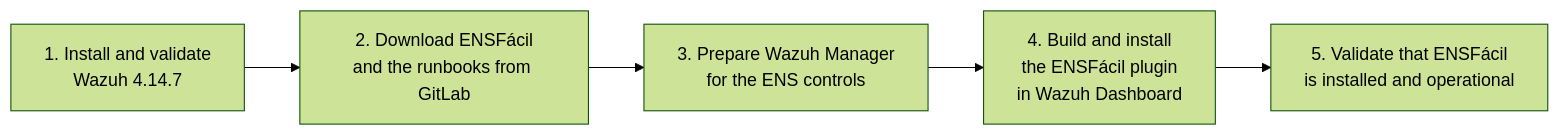
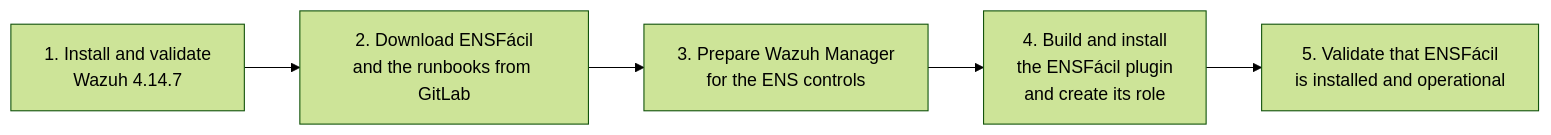
One commit to arseniteio/power-ens changed the diagram in docs/deployment/01-installation-from-scratch.en.md. Above: the diagram before and after it, drawn with Mermaid (forest theme). The commit also changed other lines of this file and 11 other files, not shown here.

Commit message:
docs: install and update ENSFácil as a standalone plugin

````diff
--- a/docs/deployment/01-installation-from-scratch.en.md
+++ b/docs/deployment/01-installation-from-scratch.en.md
@@ -77,7 +79,7 @@
 ```mermaid
 flowchart LR
   A["1. Install and validate<br/>Wazuh 4.14.7"] --> B["2. Download ENSFácil<br/>and the runbooks from GitLab"]
   B --> C["3. Prepare Wazuh Manager<br/>for the ENS controls"]
-  C --> D["4. Build and install<br/>the ENSFácil plugin<br/>in Wazuh Dashboard"]
+  C --> D["4. Build and install<br/>the ENSFácil plugin<br/>and create its role"]
   D --> E["5. Validate that ENSFácil<br/>is installed and operational"]
 ```
````
